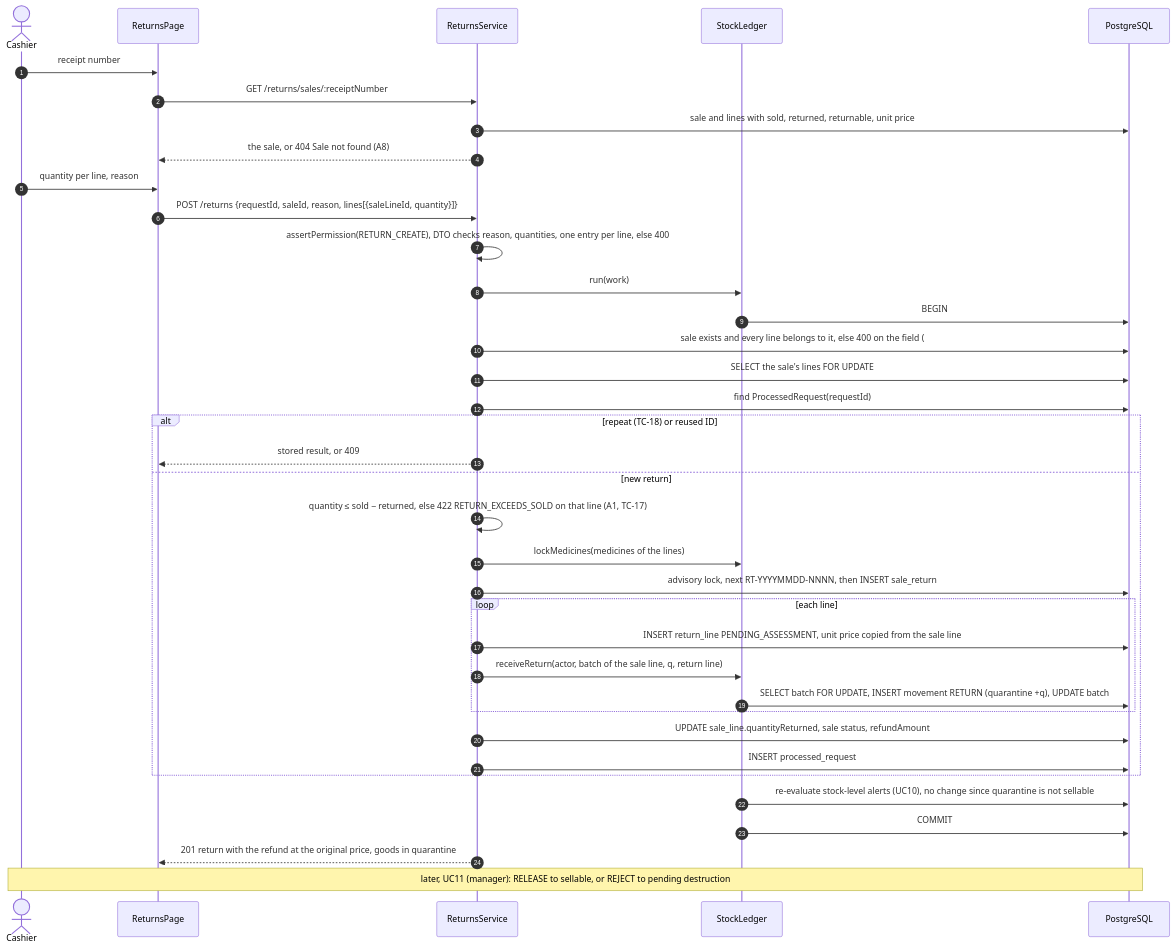
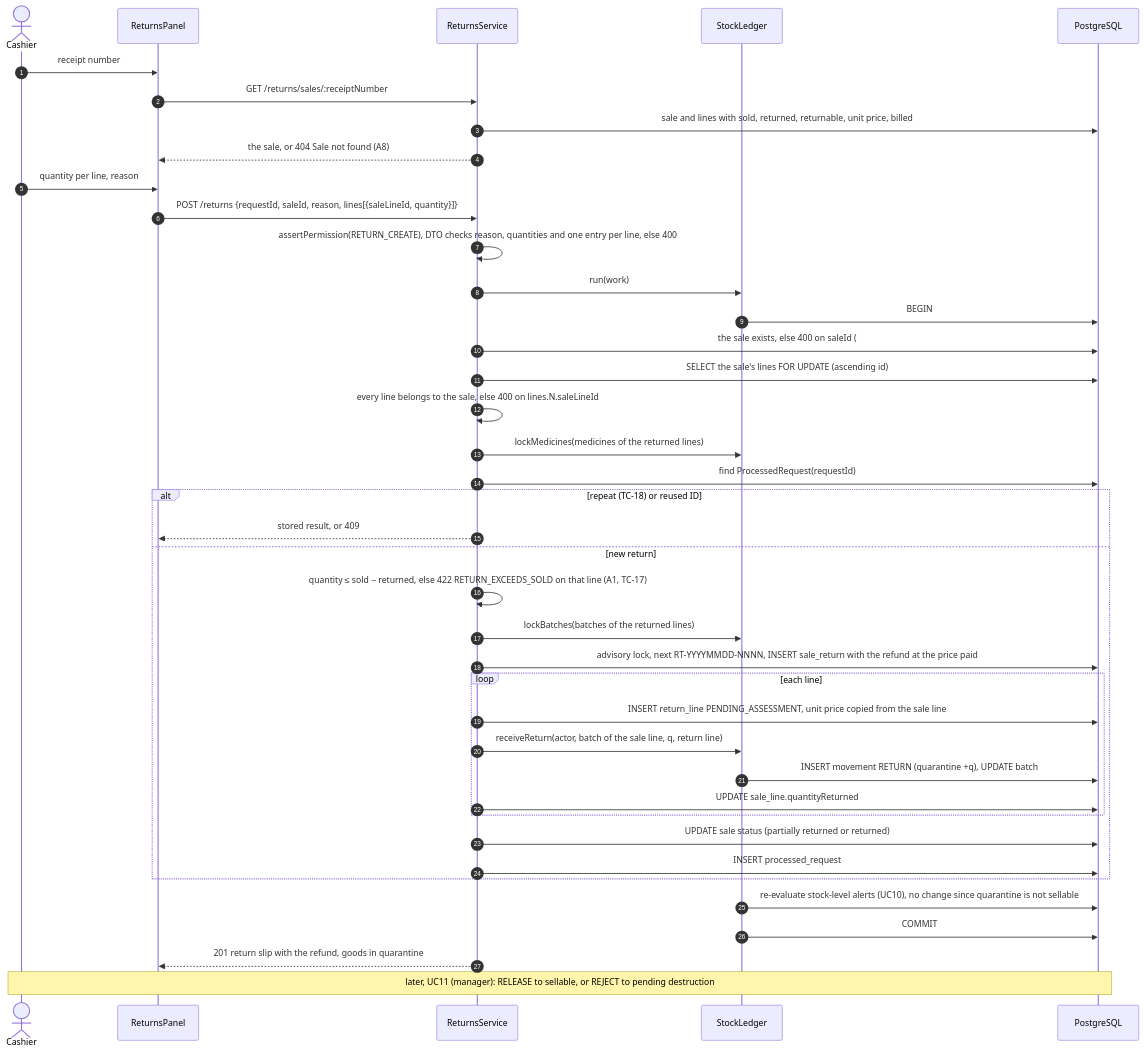
The fourth of 9 diagrams in docs/diagrams/sequence-diagrams.md (NeitLN/261_72ITSE41704_2474802010391_PharmacyStock), drawn with Mermaid before and after one commit. The commit also changed other lines of this file and 1 other file, not shown here.

Commit message:
Show UC08 as built in its spec and sequence diagram

````diff
--- a/docs/diagrams/sequence-diagrams.md
+++ b/docs/diagrams/sequence-diagrams.md
@@ -240,40 +240,43 @@
 ```mermaid
 sequenceDiagram
     autonumber
     actor K as Cashier
-    participant UI as ReturnsPage
+    participant UI as ReturnsPanel
     participant R as ReturnsService
     participant L as StockLedger
     participant DB as PostgreSQL
 
     K->>UI: receipt number
     UI->>R: GET /returns/sales/:receiptNumber
-    R->>DB: sale and lines with sold, returned, returnable, unit price
+    R->>DB: sale and lines with sold, returned, returnable, unit price, billed
     R-->>UI: the sale, or 404 Sale not found (A8)
     K->>UI: quantity per line, reason
     UI->>R: POST /returns {requestId, saleId, reason, lines[{saleLineId, quantity}]}
-    R->>R: assertPermission(RETURN_CREATE), DTO checks reason, quantities, one entry per line, else 400
+    R->>R: assertPermission(RETURN_CREATE), DTO checks reason, quantities and one entry per line, else 400
     R->>L: run(work)
     L->>DB: BEGIN
-    R->>DB: sale exists and every line belongs to it, else 400 on the field (#47)
-    R->>DB: SELECT the sale's lines FOR UPDATE
+    R->>DB: the sale exists, else 400 on saleId (#47)
+    R->>DB: SELECT the sale's lines FOR UPDATE (ascending id)
+    R->>R: every line belongs to the sale, else 400 on lines.N.saleLineId
+    R->>L: lockMedicines(medicines of the returned lines)
     R->>DB: find ProcessedRequest(requestId)
     alt repeat (TC-18) or reused ID
         R-->>UI: stored result, or 409
     else new return
         R->>R: quantity ≤ sold − returned, else 422 RETURN_EXCEEDS_SOLD on that line (A1, TC-17)
-        R->>L: lockMedicines(medicines of the lines)
-        R->>DB: advisory lock, next RT-YYYYMMDD-NNNN, then INSERT sale_return
+        R->>L: lockBatches(batches of the returned lines)
+        R->>DB: advisory lock, next RT-YYYYMMDD-NNNN, INSERT sale_return with the refund at the price paid
         loop each line
             R->>DB: INSERT return_line PENDING_ASSESSMENT, unit price copied from the sale line
             R->>L: receiveReturn(actor, batch of the sale line, q, return line)
-            L->>DB: SELECT batch FOR UPDATE, INSERT movement RETURN (quarantine +q), UPDATE batch
+            L->>DB: INSERT movement RETURN (quarantine +q), UPDATE batch
+            R->>DB: UPDATE sale_line.quantityReturned
         end
-        R->>DB: UPDATE sale_line.quantityReturned, sale status, refundAmount
+        R->>DB: UPDATE sale status (partially returned or returned)
         R->>DB: INSERT processed_request
     end
     L->>DB: re-evaluate stock-level alerts (UC10), no change since quarantine is not sellable
     L->>DB: COMMIT
-    R-->>UI: 201 return with the refund at the original price, goods in quarantine
+    R-->>UI: 201 return slip with the refund, goods in quarantine
     Note over K,DB: later, UC11 (manager): RELEASE to sellable, or REJECT to pending destruction
 ```
````
